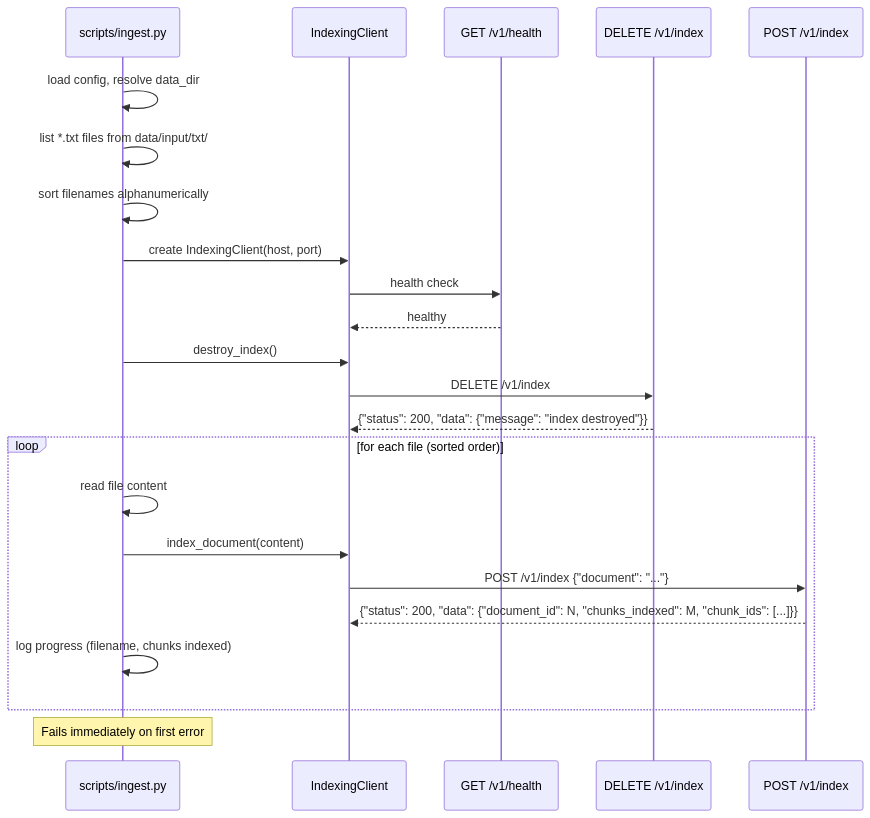
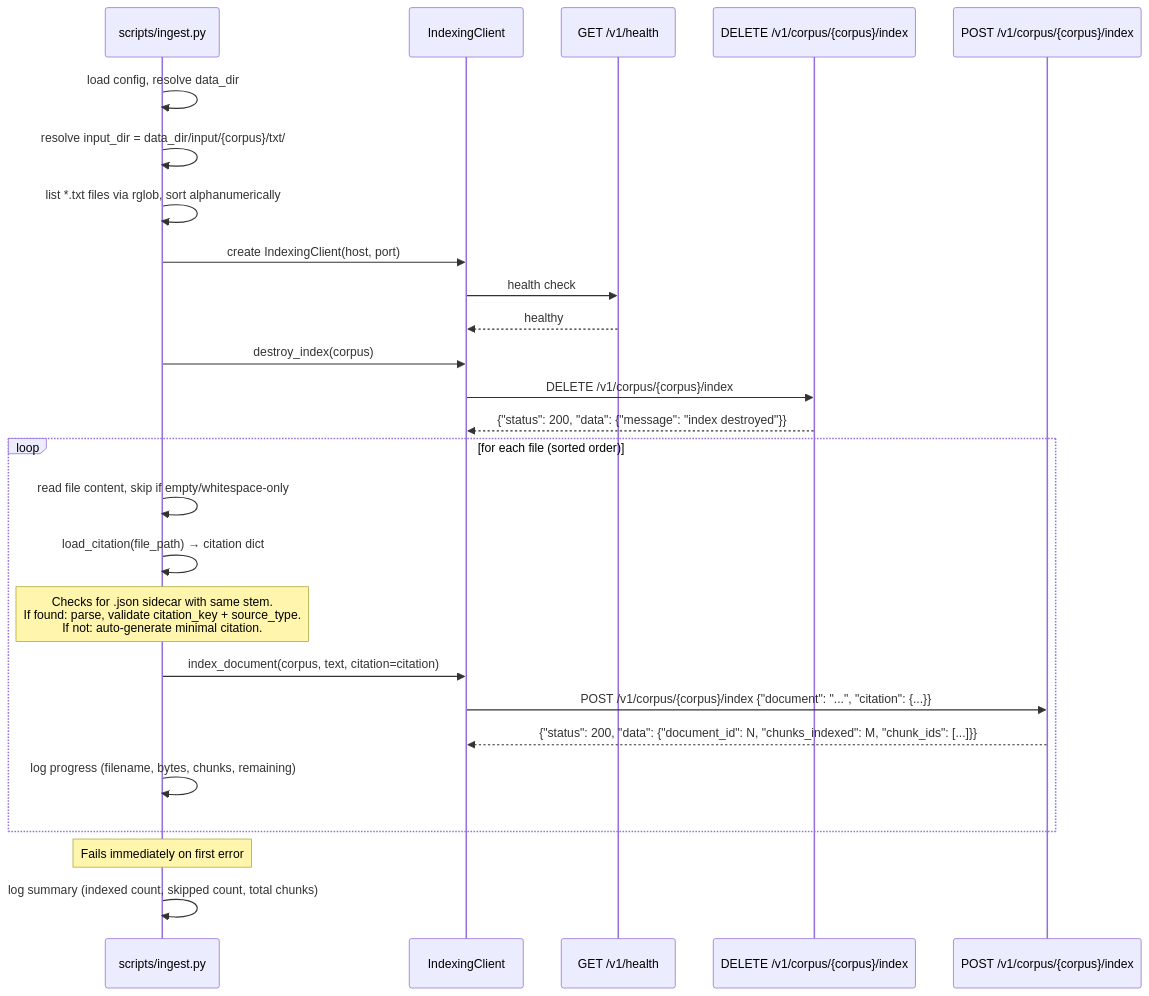
Before and after one commit to florianbuetow/mini-rag: the ninth of 10 diagrams in docs/SPECIFICATION-DATA-FLOW.md, drawn with Mermaid. The commit also changed other lines of this file and 2 other files, not shown here.

First line of the commit message:
Update specification docs for citations, reranking, and multi-corpus

````diff
--- a/docs/SPECIFICATION-DATA-FLOW.md
+++ b/docs/SPECIFICATION-DATA-FLOW.md
@@ -536,29 +692,32 @@
 ```mermaid
 sequenceDiagram
     participant S as scripts/ingest.py
     participant IC as IndexingClient
     participant H as GET /v1/health
-    participant DI as DELETE /v1/index
-    participant PI as POST /v1/index
+    participant DI as DELETE /v1/corpus/{corpus}/index
+    participant PI as POST /v1/corpus/{corpus}/index
 
     S->>S: load config, resolve data_dir
-    S->>S: list *.txt files from data/input/txt/
-    S->>S: sort filenames alphanumerically
+    S->>S: resolve input_dir = data_dir/input/{corpus}/txt/
+    S->>S: list *.txt files via rglob, sort alphanumerically
     S->>IC: create IndexingClient(host, port)
     IC->>H: health check
     H-->>IC: healthy
 
-    S->>IC: destroy_index()
-    IC->>DI: DELETE /v1/index
+    S->>IC: destroy_index(corpus)
+    IC->>DI: DELETE /v1/corpus/{corpus}/index
     DI-->>IC: {"status": 200, "data": {"message": "index destroyed"}}
 
     loop for each file (sorted order)
-        S->>S: read file content
-        S->>IC: index_document(content)
-        IC->>PI: POST /v1/index {"document": "..."}
+        S->>S: read file content, skip if empty/whitespace-only
+        S->>S: load_citation(file_path) → citation dict
+        Note over S: Checks for .json sidecar with same stem.<br/>If found: parse, validate citation_key + source_type.<br/>If not: auto-generate minimal citation.
+        S->>IC: index_document(corpus, text, citation=citation)
+        IC->>PI: POST /v1/corpus/{corpus}/index {"document": "...", "citation": {...}}
         PI-->>IC: {"status": 200, "data": {"document_id": N, "chunks_indexed": M, "chunk_ids": [...]}}
-        S->>S: log progress (filename, chunks indexed)
+        S->>S: log progress (filename, bytes, chunks, remaining)
     end
 
     Note over S: Fails immediately on first error
+    S->>S: log summary (indexed count, skipped count, total chunks)
 ```
````
